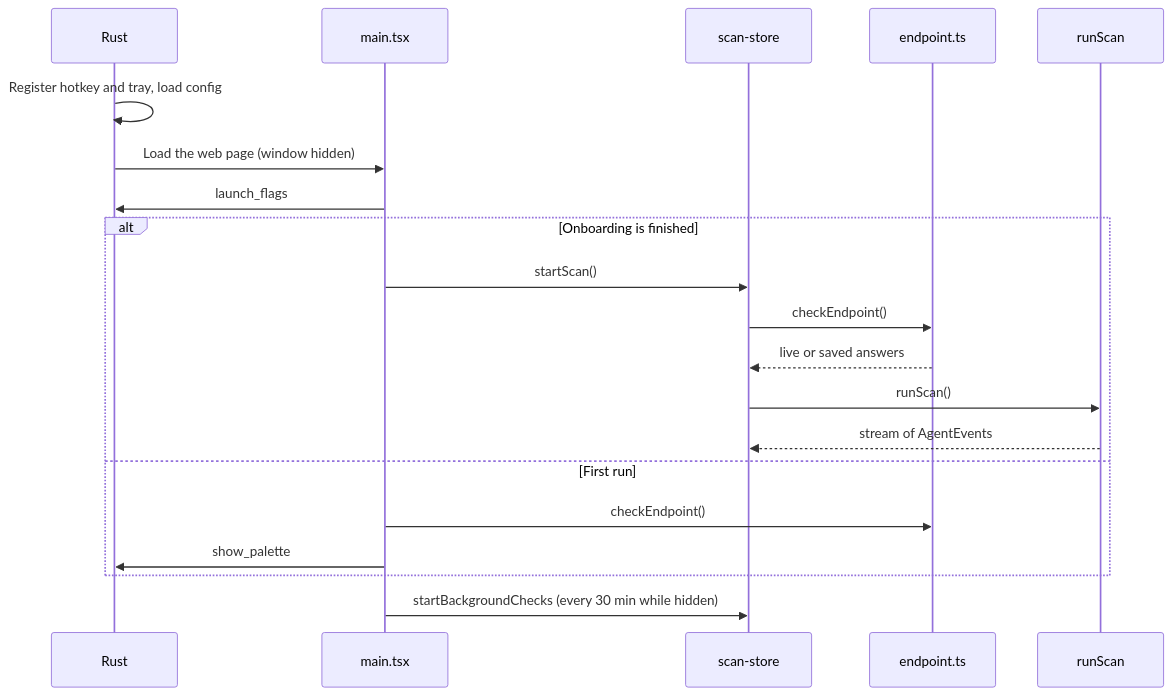
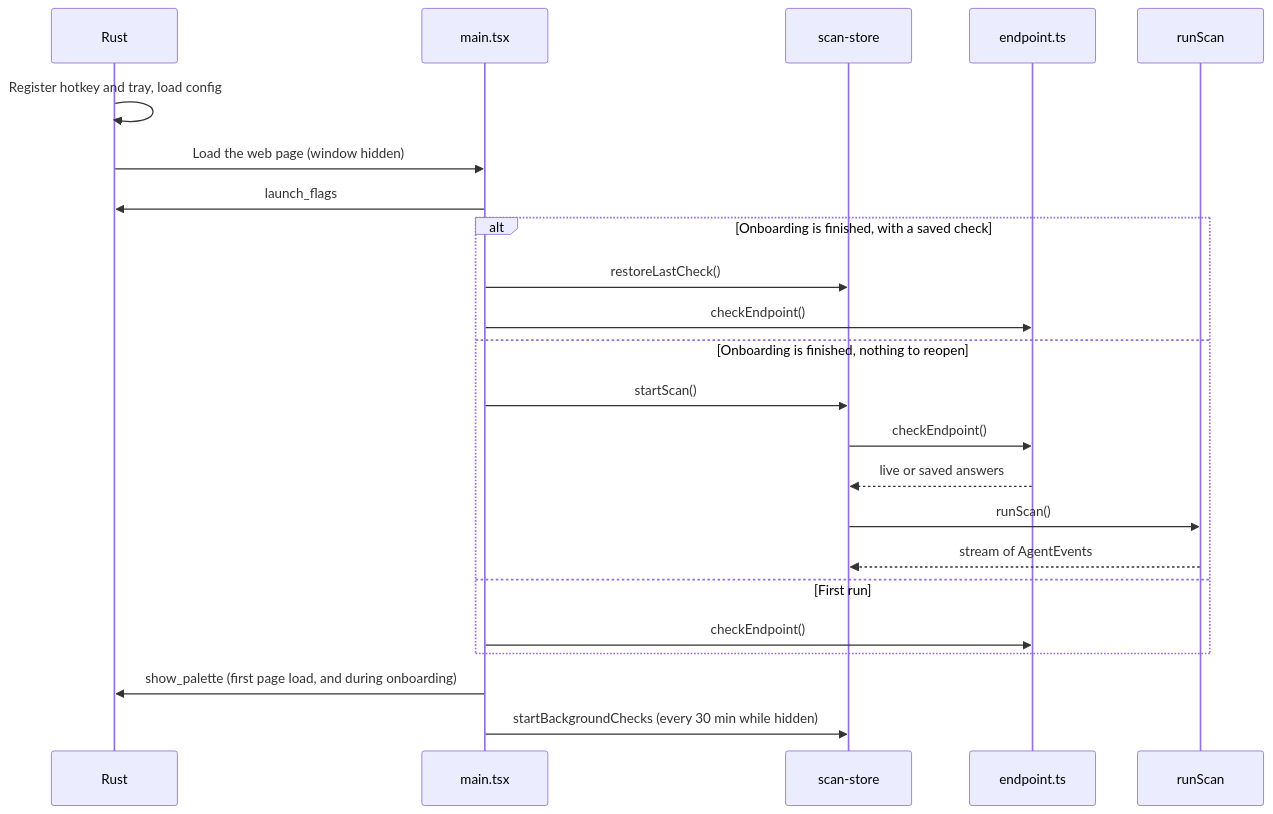
Before and after one commit to tonaye-aye/seal: the second of 9 diagrams in docs/architecture/architecture.md, drawn with Mermaid. The commit also changed other lines of this file and 1 other file, not shown here.

````diff
--- a/docs/architecture/architecture.md
+++ b/docs/architecture/architecture.md
@@ -421,23 +420,26 @@
 ```mermaid
 sequenceDiagram
     participant R as Rust
     participant M as main.tsx
     participant S as scan-store
     participant E as endpoint.ts
     participant A as runScan
 
     R->>R: Register hotkey and tray, load config
     R->>M: Load the web page (window hidden)
     M->>R: launch_flags
-    alt Onboarding is finished
+    alt Onboarding is finished, with a saved check
+      M->>S: restoreLastCheck()
+      M->>E: checkEndpoint()
+    else Onboarding is finished, nothing to reopen
       M->>S: startScan()
       S->>E: checkEndpoint()
       E-->>S: live or saved answers
       S->>A: runScan()
       A-->>S: stream of AgentEvents
     else First run
       M->>E: checkEndpoint()
-      M->>R: show_palette
     end
+    M->>R: show_palette (first page load, and during onboarding)
     M->>S: startBackgroundChecks (every 30 min while hidden)
 ```
````
